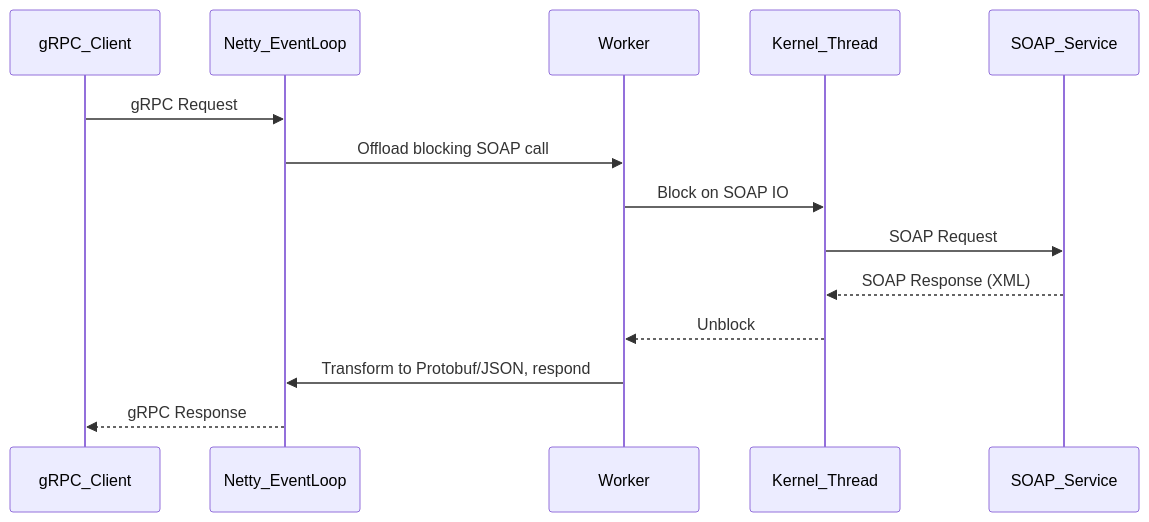
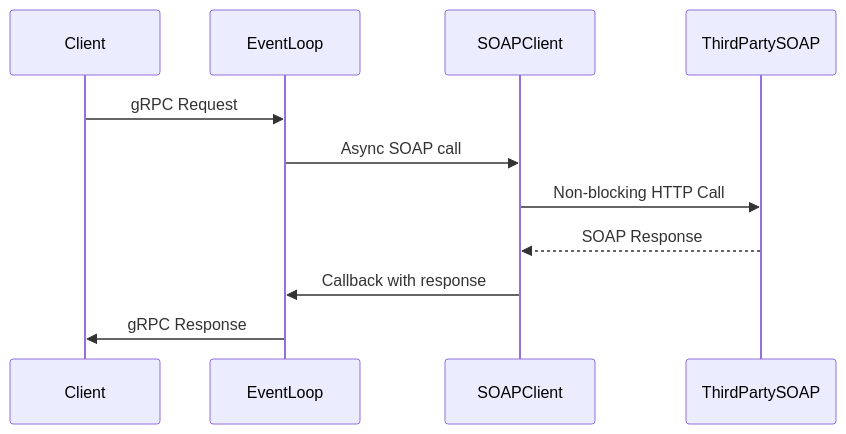
The sixth of 7 diagrams in README.md (sonuprajapati15/Web-frameworks), drawn with Mermaid before and after one commit. The commit also changed other lines of this file, not shown here.

````diff
--- a/README.md
+++ b/README.md
@@ -464,17 +521,14 @@
 ```mermaid
 sequenceDiagram
-    participant gRPC_Client
-    participant Netty_EventLoop
-    participant Worker
-    participant Kernel_Thread
-    participant SOAP_Service
+    participant Client
+    participant EventLoop
+    participant SOAPClient
+    participant ThirdPartySOAP
 
-    gRPC_Client->>Netty_EventLoop: gRPC Request
-    Netty_EventLoop->>Worker: Offload blocking SOAP call
-    Worker->>Kernel_Thread: Block on SOAP IO
-    Kernel_Thread->>SOAP_Service: SOAP Request
-    SOAP_Service-->>Kernel_Thread: SOAP Response (XML)
-    Kernel_Thread-->>Worker: Unblock
-    Worker->>Netty_EventLoop: Transform to Protobuf/JSON, respond
-    Netty_EventLoop-->>gRPC_Client: gRPC Response
+    Client->>EventLoop: gRPC Request
+    EventLoop->>SOAPClient: Async SOAP call
+    SOAPClient->>ThirdPartySOAP: Non-blocking HTTP Call
+    ThirdPartySOAP-->>SOAPClient: SOAP Response
+    SOAPClient->>EventLoop: Callback with response
+    EventLoop->>Client: gRPC Response
 ```
````
